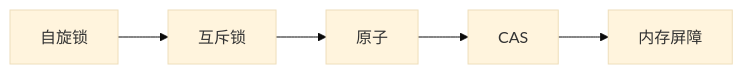
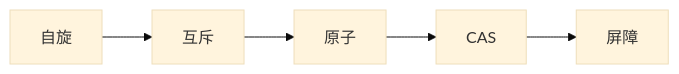
Before and after one commit to tghrxxxyyy/knowledge-base: the diagram in 基础知识/操作系统/锁与原子操作实现.md, drawn with Mermaid (base theme). The commit also changed other lines of this file and 385 other files, not shown here.

````diff
--- a/基础知识/操作系统/锁与原子操作实现.md
+++ b/基础知识/操作系统/锁与原子操作实现.md
@@ -19,9 +19,9 @@
 ```mermaid
 flowchart LR
-    A[自旋锁]
-    B[互斥锁]
+    A[自旋]
+    B[互斥]
     C[原子]
     D[CAS]
-    E[内存屏障]
+    E[屏障]
     A --> B --> C --> D --> E
 ```
````
